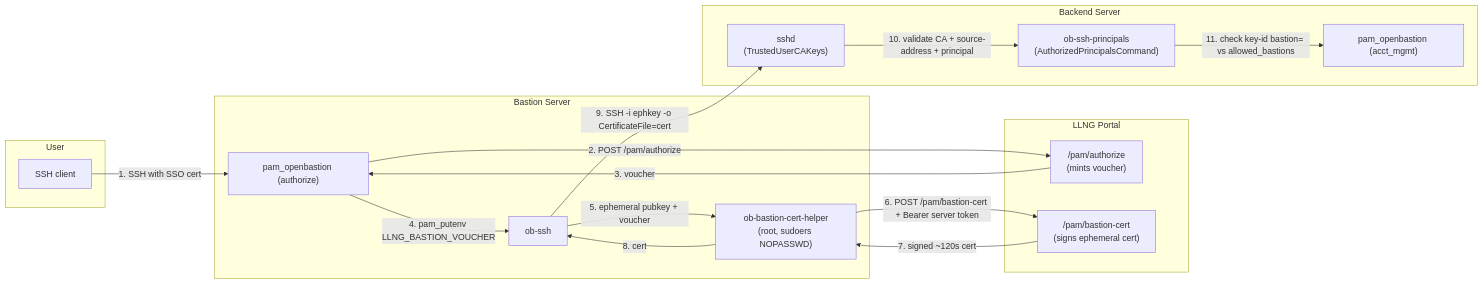
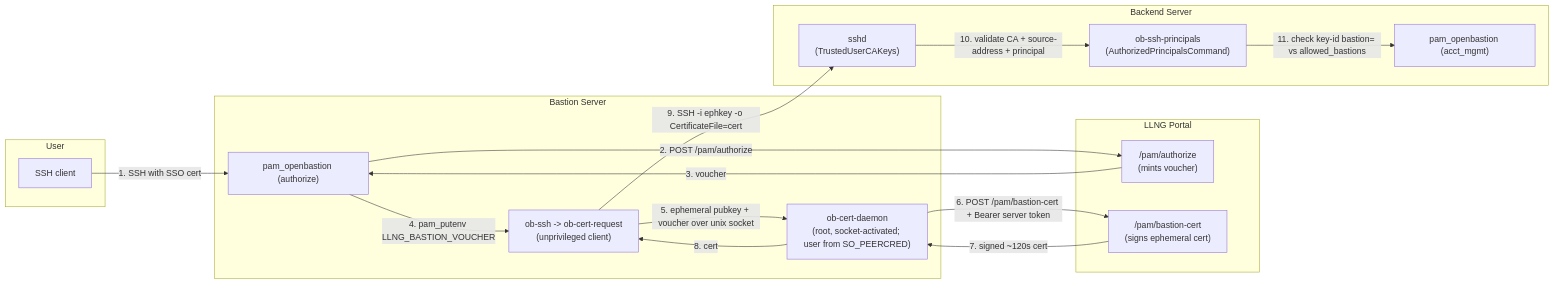
The second of 4 diagrams in SECURITY.md (linagora/open-bastion), drawn with Mermaid before and after one commit. The commit also changed other lines of this file and 22 other files, not shown here.

First line of the commit message:
feat(bastion): mint hop certs via socket-activated ob-cert-daemon (drop sudo)

````diff
--- a/SECURITY.md
+++ b/SECURITY.md
@@ -94,35 +94,35 @@
 ```mermaid
 flowchart LR
     subgraph User["User"]
         client["SSH client"]
     end
 
     subgraph Bastion["Bastion Server"]
         pam_b["pam_openbastion (authorize)"]
-        proxy["ob-ssh"]
-        helper["ob-bastion-cert-helper\n(root, sudoers NOPASSWD)"]
+        proxy["ob-ssh -> ob-cert-request\n(unprivileged client)"]
+        helper["ob-cert-daemon\n(root, socket-activated; user from SO_PEERCRED)"]
     end
 
     subgraph LLNG["LLNG Portal"]
         authorize["/pam/authorize\n(mints voucher)"]
         bastion_cert["/pam/bastion-cert\n(signs ephemeral cert)"]
     end
 
     subgraph Backend["Backend Server"]
         sshd["sshd\n(TrustedUserCAKeys)"]
         principals["ob-ssh-principals\n(AuthorizedPrincipalsCommand)"]
         pam_bk["pam_openbastion (acct_mgmt)"]
     end
 
     client -->|1. SSH with SSO cert| pam_b
     pam_b -->|2. POST /pam/authorize| authorize
     authorize -->|3. voucher| pam_b
     pam_b -->|4. pam_putenv LLNG_BASTION_VOUCHER| proxy
-    proxy -->|5. ephemeral pubkey + voucher| helper
+    proxy -->|5. ephemeral pubkey + voucher over unix socket| helper
     helper -->|6. POST /pam/bastion-cert + Bearer server token| bastion_cert
     bastion_cert -->|7. signed ~120s cert| helper
     helper -->|8. cert| proxy
     proxy -->|9. SSH -i ephkey -o CertificateFile=cert| sshd
     sshd -->|10. validate CA + source-address + principal| principals
     principals -->|11. check key-id bastion= vs allowed_bastions| pam_bk
 ```
````
